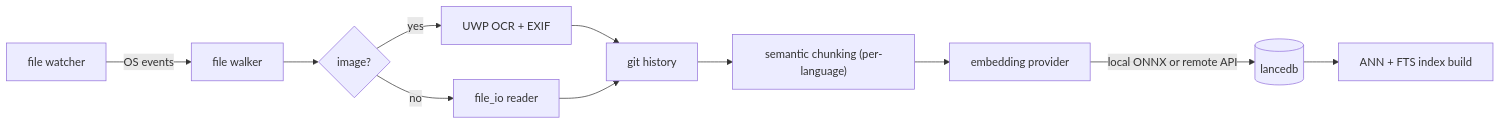
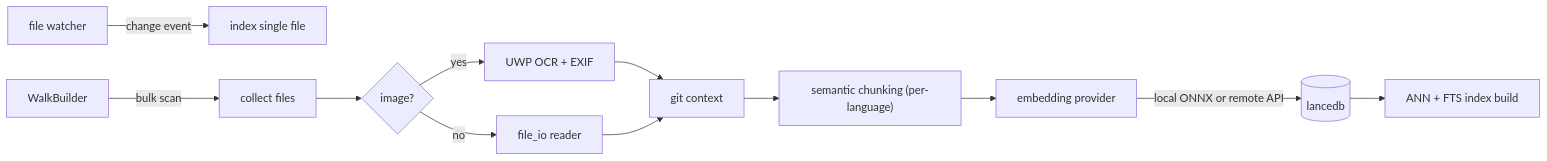
The first of 2 diagrams in README.md (illegal-instruction-co/rememex), drawn with Mermaid before and after one commit. The commit also changed other lines of this file, not shown here.

````diff
--- a/README.md
+++ b/README.md
@@ -68,13 +68,14 @@
 ```mermaid
 graph LR
-    A[file watcher] -->|OS events| B[file walker]
+    W[file watcher] -->|change event| SI[index single file]
+    WB[WalkBuilder] -->|bulk scan| B[collect files]
     B --> C{image?}
     C -->|yes| D[UWP OCR + EXIF]
     C -->|no| E[file_io reader]
-    D --> F[git history]
+    D --> F[git context]
     E --> F
     F --> G["semantic chunking (per-language)"]
     G --> H[embedding provider]
     H -->|local ONNX or remote API| I[(lancedb)]
     I --> J[ANN + FTS index build]
 ```
````
